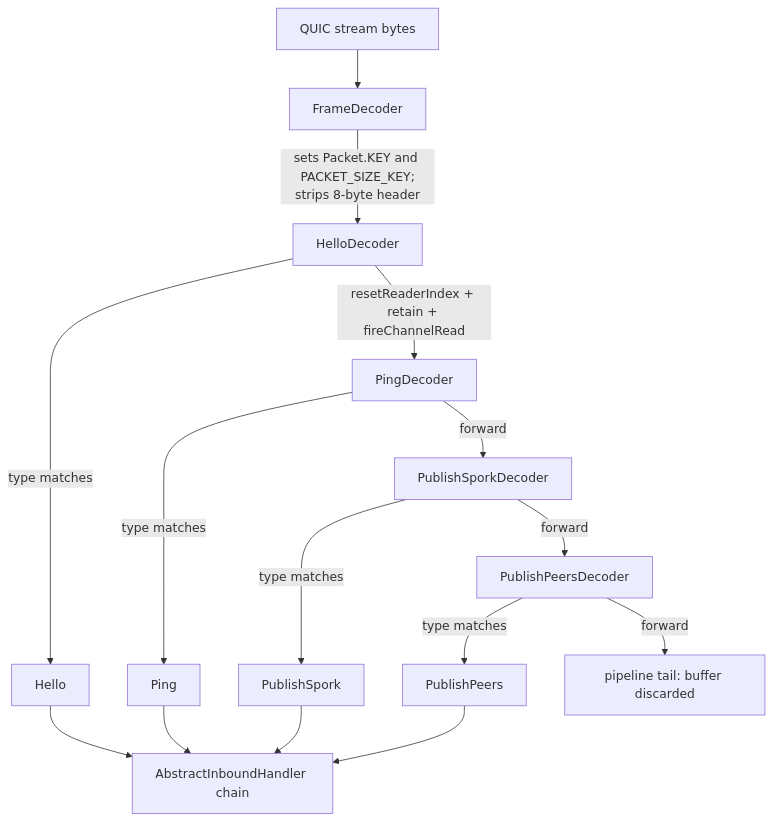
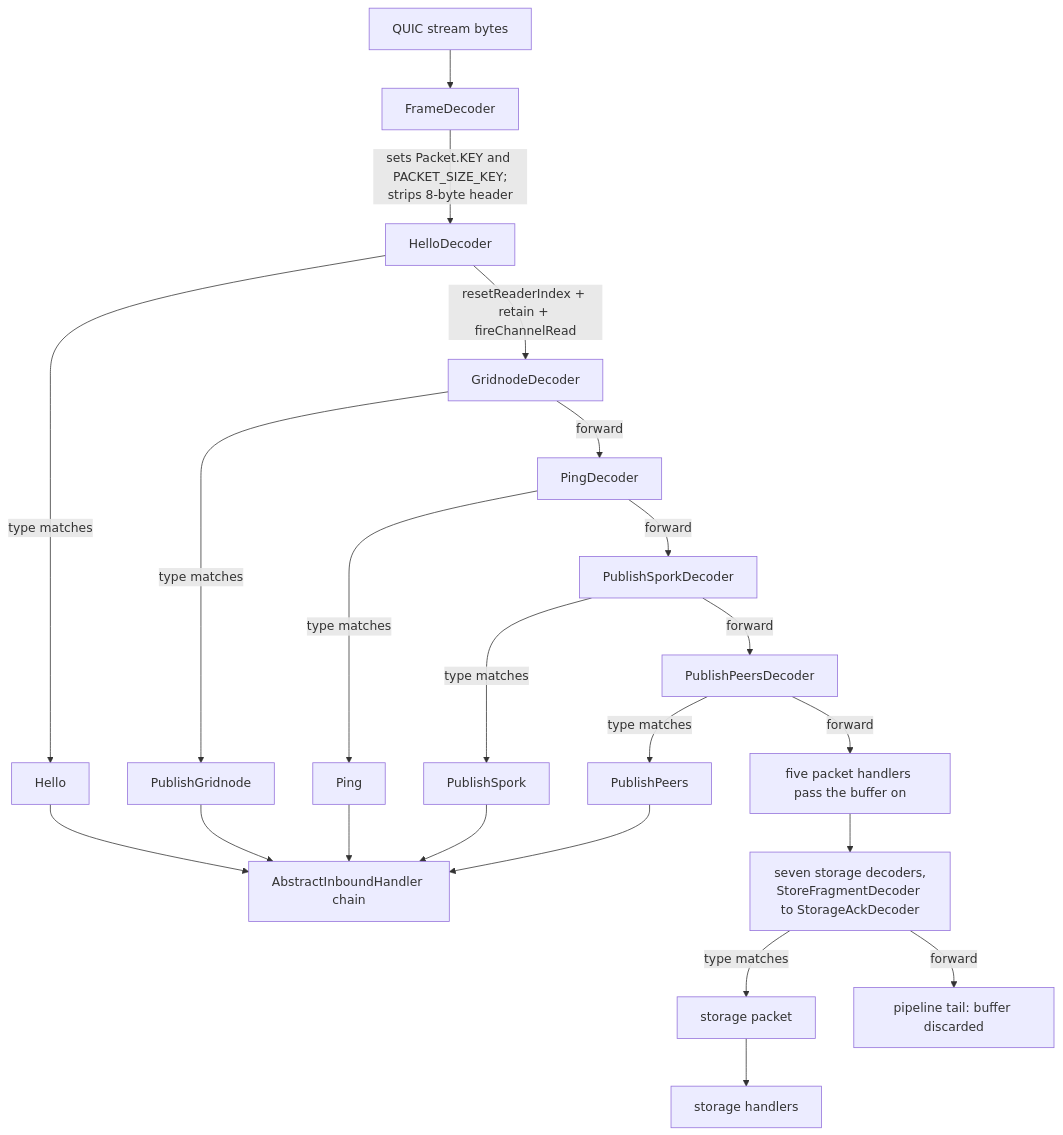
One commit to unigrid-project/hedgehog changed the first of 6 diagrams in documentation/network-protocol.md. Above: the diagram before and after it, drawn with Mermaid. The commit also changed other lines of this file, not shown here.

First line of the commit message:
Document the storage packets in the network protocol

````diff
--- a/documentation/network-protocol.md
+++ b/documentation/network-protocol.md
@@ -380,17 +428,24 @@
 ```mermaid
 flowchart TD
     A[QUIC stream bytes] --> B[FrameDecoder]
     B -->|"sets Packet.KEY and PACKET_SIZE_KEY;<br/>strips 8-byte header"| C[HelloDecoder]
     C -->|type matches| C1[Hello]
-    C -->|"resetReaderIndex + retain + fireChannelRead"| D[PingDecoder]
+    C -->|"resetReaderIndex + retain + fireChannelRead"| GD["GridnodeDecoder"]
+    GD -->|type matches| GD1["PublishGridnode"]
+    GD -->|forward| D[PingDecoder]
     D -->|type matches| D1[Ping]
     D -->|forward| E[PublishSporkDecoder]
     E -->|type matches| E1[PublishSpork]
     E -->|forward| F[PublishPeersDecoder]
     F -->|type matches| F1[PublishPeers]
-    F -->|forward| G["pipeline tail: buffer discarded"]
+    F -->|forward| PH["five packet handlers pass the buffer on"]
+    PH --> S["seven storage decoders,<br/>StoreFragmentDecoder to StorageAckDecoder"]
+    S -->|type matches| S1["storage packet"]
+    S -->|forward| G["pipeline tail: buffer discarded"]
     C1 --> H[AbstractInboundHandler chain]
+    GD1 --> H
     D1 --> H
     E1 --> H
     F1 --> H
+    S1 --> SH["storage handlers"]
 ```
````
